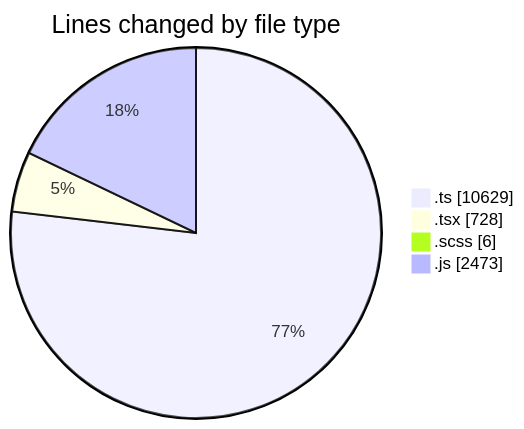
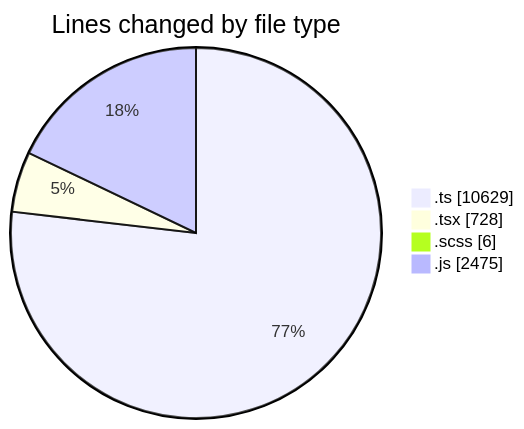
One commit to momahboobian/code-tracking changed the first of 2 diagrams in 2026-03-17/cda/README.md. Above: the diagram before and after it, drawn with Mermaid. The commit also changed other lines of this file and 1 other file, not shown here.

````diff
--- a/2026-03-17/cda/README.md
+++ b/2026-03-17/cda/README.md
@@ -35,8 +35,8 @@
 ```mermaid
 pie showData
 title Lines changed by file type
 ".ts" : 10629
 ".tsx" : 728
 ".scss" : 6
-".js" : 2473
+".js" : 2475
 ```
````
